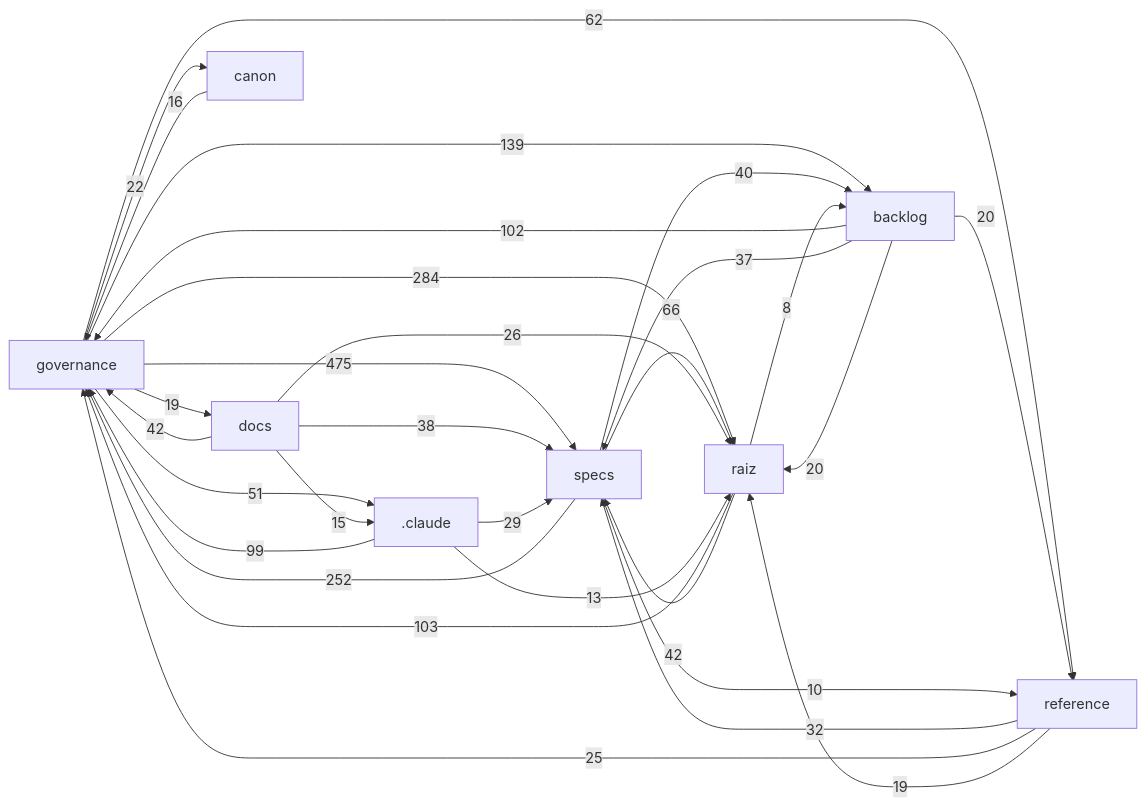
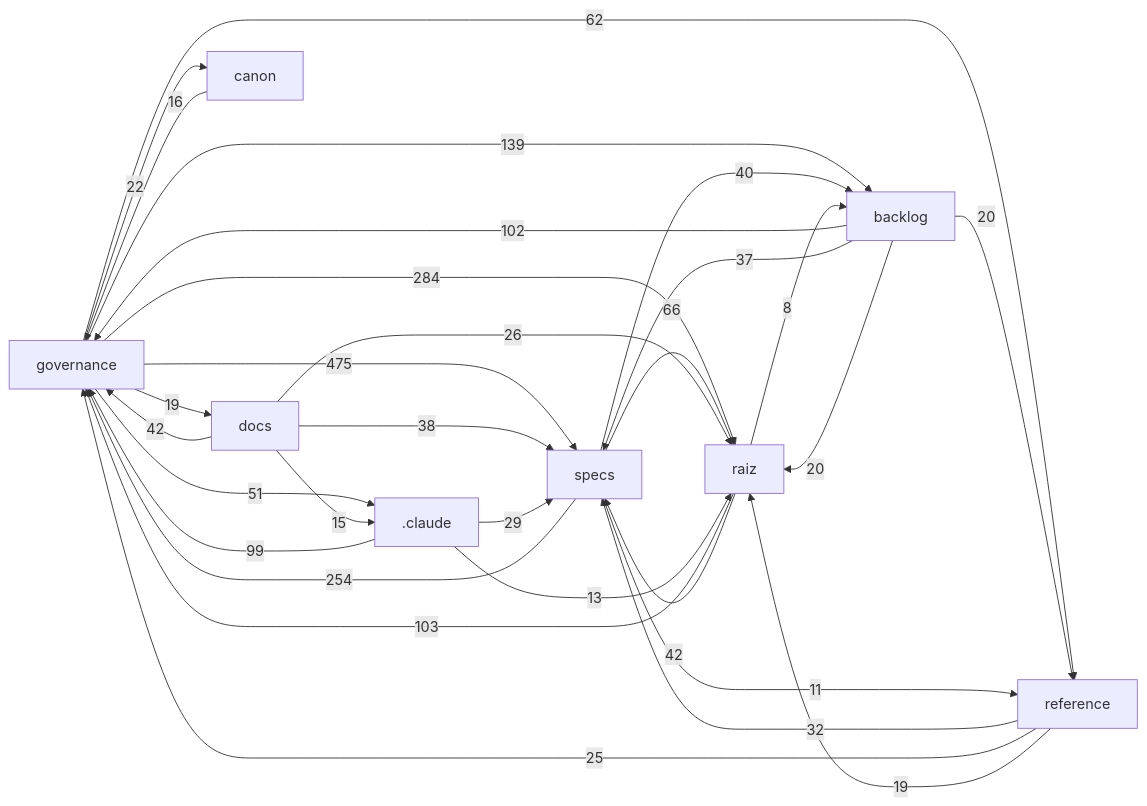
The diagram in docs/mapa/MAPA-PROJETO.md (Andraus35/Sistema-Operacional-de-Trading--SOT), drawn with Mermaid before and after one commit. The commit also changed other lines of this file and 3 other files, not shown here.

````diff
--- a/docs/mapa/MAPA-PROJETO.md
+++ b/docs/mapa/MAPA-PROJETO.md
@@ -29,32 +29,32 @@
 ```mermaid
 flowchart LR
   governance["governance"] -->|475| specs["specs"]
   governance["governance"] -->|284| raiz["raiz"]
-  specs["specs"] -->|252| governance["governance"]
+  specs["specs"] -->|254| governance["governance"]
   governance["governance"] -->|139| backlog["backlog"]
   raiz["raiz"] -->|103| governance["governance"]
   backlog["backlog"] -->|102| governance["governance"]
   _claude[".claude"] -->|99| governance["governance"]
   specs["specs"] -->|66| raiz["raiz"]
   governance["governance"] -->|62| reference["reference"]
   governance["governance"] -->|51| _claude[".claude"]
   raiz["raiz"] -->|42| specs["specs"]
   docs["docs"] -->|42| governance["governance"]
   specs["specs"] -->|40| backlog["backlog"]
   docs["docs"] -->|38| specs["specs"]
   backlog["backlog"] -->|37| specs["specs"]
   reference["reference"] -->|32| specs["specs"]
   _claude[".claude"] -->|29| specs["specs"]
   docs["docs"] -->|26| raiz["raiz"]
   reference["reference"] -->|25| governance["governance"]
   governance["governance"] -->|22| canon["canon"]
   backlog["backlog"] -->|20| raiz["raiz"]
   backlog["backlog"] -->|20| reference["reference"]
   governance["governance"] -->|19| docs["docs"]
   reference["reference"] -->|19| raiz["raiz"]
   canon["canon"] -->|16| governance["governance"]
   docs["docs"] -->|15| _claude[".claude"]
   _claude[".claude"] -->|13| raiz["raiz"]
-  specs["specs"] -->|10| reference["reference"]
+  specs["specs"] -->|11| reference["reference"]
   raiz["raiz"] -->|8| backlog["backlog"]
 ```
````
